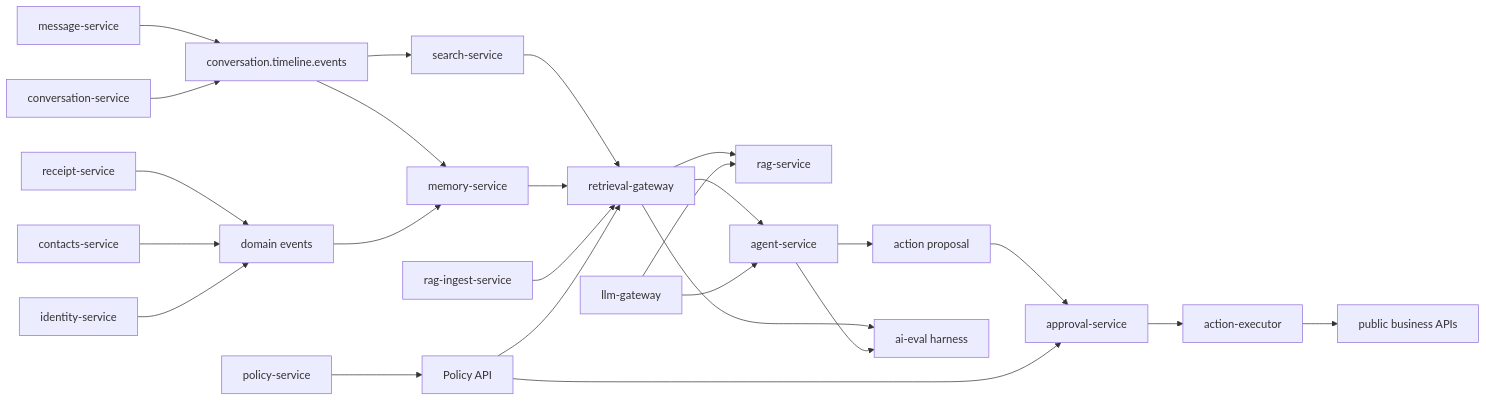
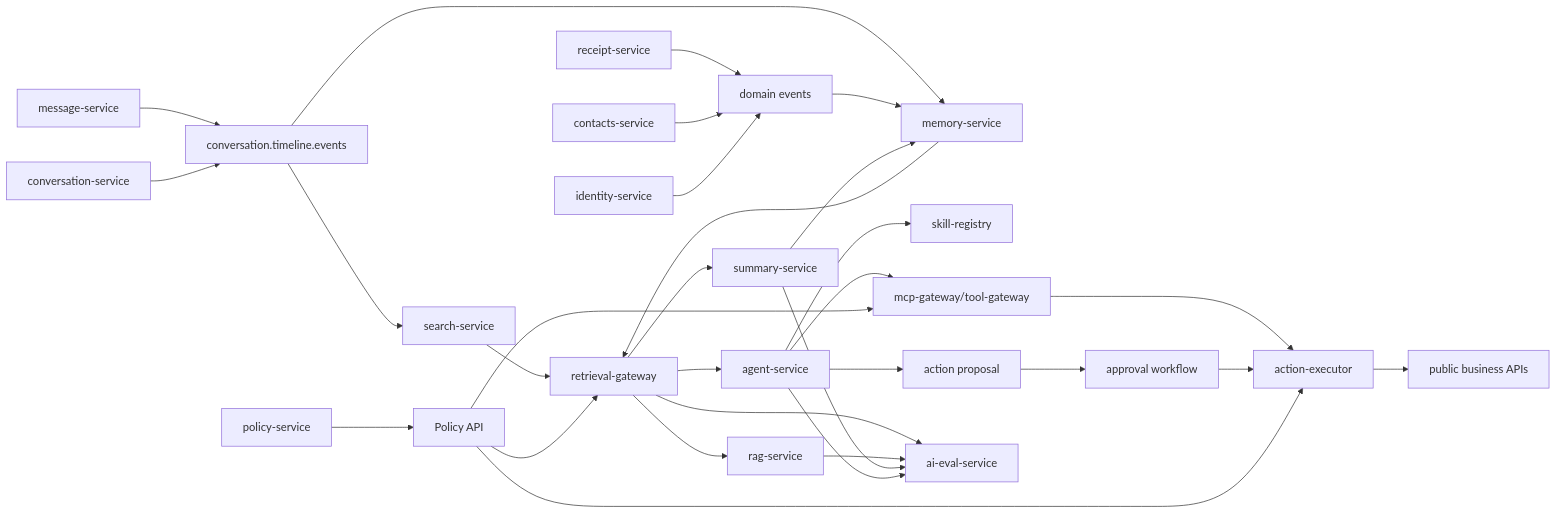
One commit to qsyy0921/IM changed the diagram in docs/architecture/target-architecture-ai.md. Above: the diagram before and after it, drawn with Mermaid. The commit also changed other lines of this file and 40 other files, not shown here.

Commit message:
feat: add policy tool action precheck

````diff
--- a/docs/architecture/target-architecture-ai.md
+++ b/docs/architecture/target-architecture-ai.md
@@ -76,28 +79,33 @@
 ```mermaid
 flowchart LR
     Message["message-service"] --> Timeline["conversation.timeline.events"]
     Conversation["conversation-service"] --> Timeline
     Receipt["receipt-service"] --> DomainEvents["domain events"]
     Contacts["contacts-service"] --> DomainEvents
     Identity["identity-service"] --> DomainEvents
     Policy["policy-service"] --> PolicyAPI["Policy API"]
 
     Timeline --> Search["search-service"]
     Timeline --> Memory["memory-service"]
     DomainEvents --> Memory
     Search --> Retrieval["retrieval-gateway"]
     Memory --> Retrieval
-    RagIngest["rag-ingest-service"] --> Retrieval
     Retrieval --> RAG["rag-service"]
+    Retrieval --> Summary["summary-service"]
     Retrieval --> Agent["agent-service"]
-    LLM["llm-gateway"] --> RAG
-    LLM --> Agent
+    Summary --> Memory
+    Agent --> Skills["skill-registry"]
+    Agent --> Tools["mcp-gateway/tool-gateway"]
     Agent --> Proposal["action proposal"]
-    Proposal --> Approval["approval-service"]
-    Approval --> Executor["action-executor"]
+    Tools --> Executor["action-executor"]
+    Proposal --> ApprovalWorkflow["approval workflow"]
+    ApprovalWorkflow --> Executor
     Executor --> APIs["public business APIs"]
-    Retrieval --> Eval["ai-eval harness"]
+    Retrieval --> Eval["ai-eval-service"]
+    RAG --> Eval
+    Summary --> Eval
     Agent --> Eval
     PolicyAPI --> Retrieval
-    PolicyAPI --> Approval
+    PolicyAPI --> Tools
+    PolicyAPI --> Executor
 ```
````
